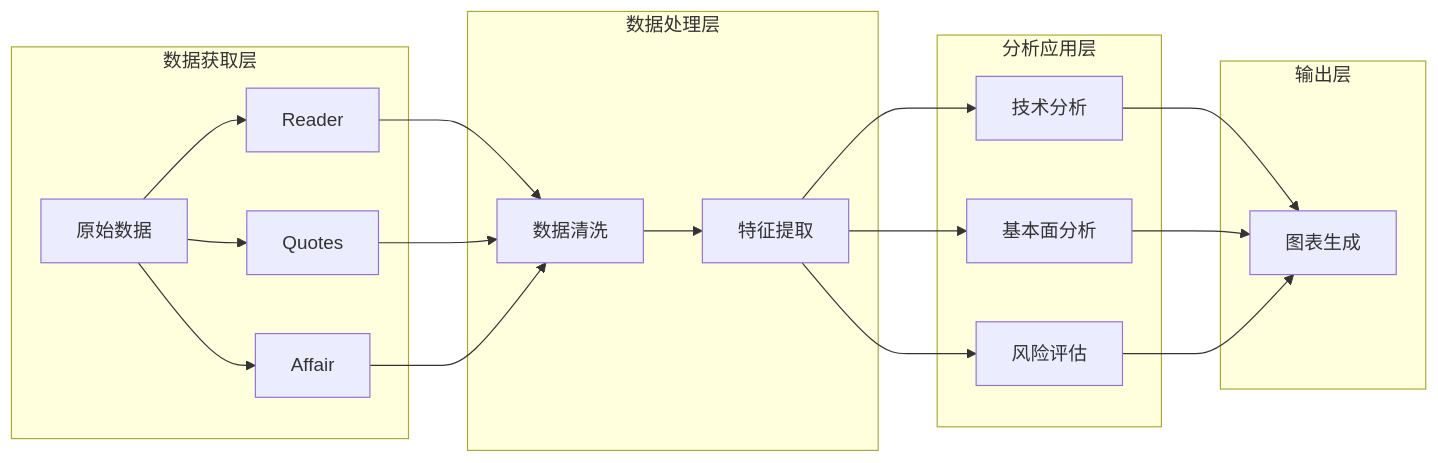
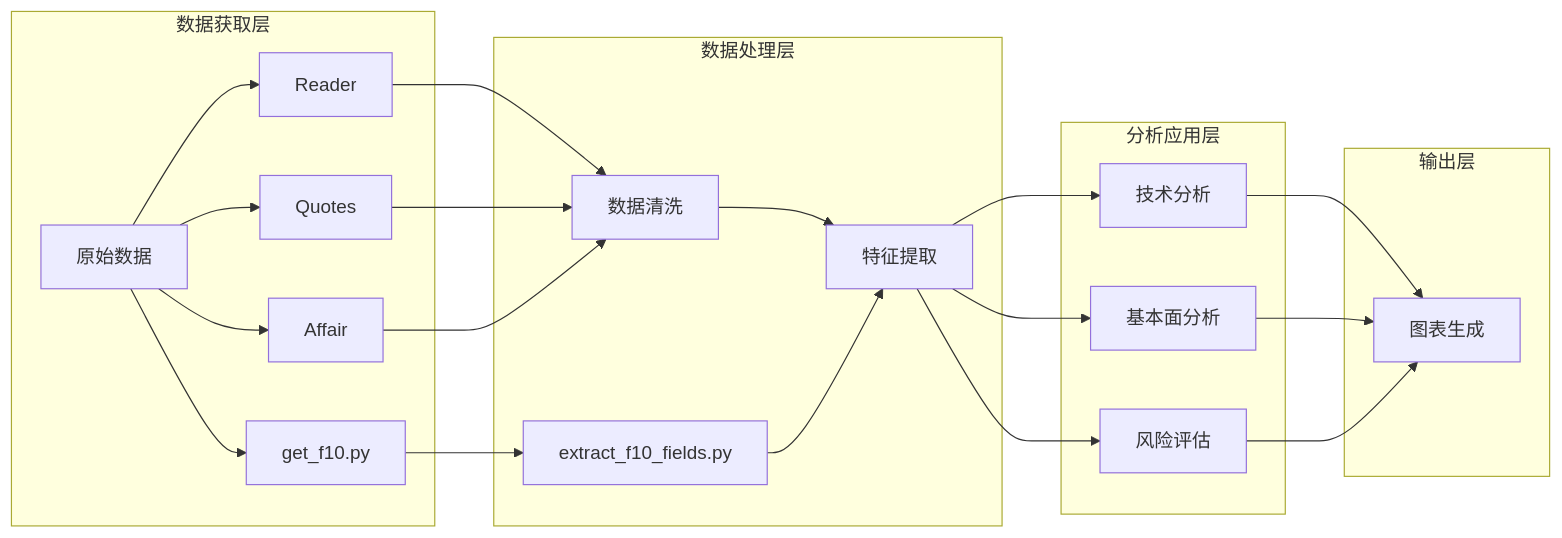
One commit to MORECORIANDERS/SCBE-web changed diagram 12 of 13 in .qoder/repowiki/zh/content/使用示例与最佳实践.md. Above: the diagram before and after it, drawn with Mermaid. The commit also changed other lines of this file and 16 other files, not shown here.

````diff
--- a/.qoder/repowiki/zh/content/使用示例与最佳实践.md
+++ b/.qoder/repowiki/zh/content/使用示例与最佳实践.md
@@ -393,24 +577,27 @@
 ```mermaid
 flowchart LR
 subgraph "数据获取层"
 A[原始数据] --> B[Reader]
 A --> C[Quotes]
 A --> D[Affair]
+A --> E[get_f10.py]
 end
 subgraph "数据处理层"
-B --> E[数据清洗]
-C --> E
-D --> E
-E --> F[特征提取]
+B --> F[数据清洗]
+C --> F
+D --> F
+E --> G[extract_f10_fields.py]
+F --> H[特征提取]
+G --> H
 end
 subgraph "分析应用层"
-F --> G[技术分析]
-F --> H[基本面分析]
-F --> I[风险评估]
+H --> I[技术分析]
+H --> J[基本面分析]
+H --> K[风险评估]
 end
 subgraph "输出层"
-G --> J[图表生成]
-H --> J
-I --> J
+I --> L[图表生成]
+J --> L
+K --> L
 end
 ```
````
